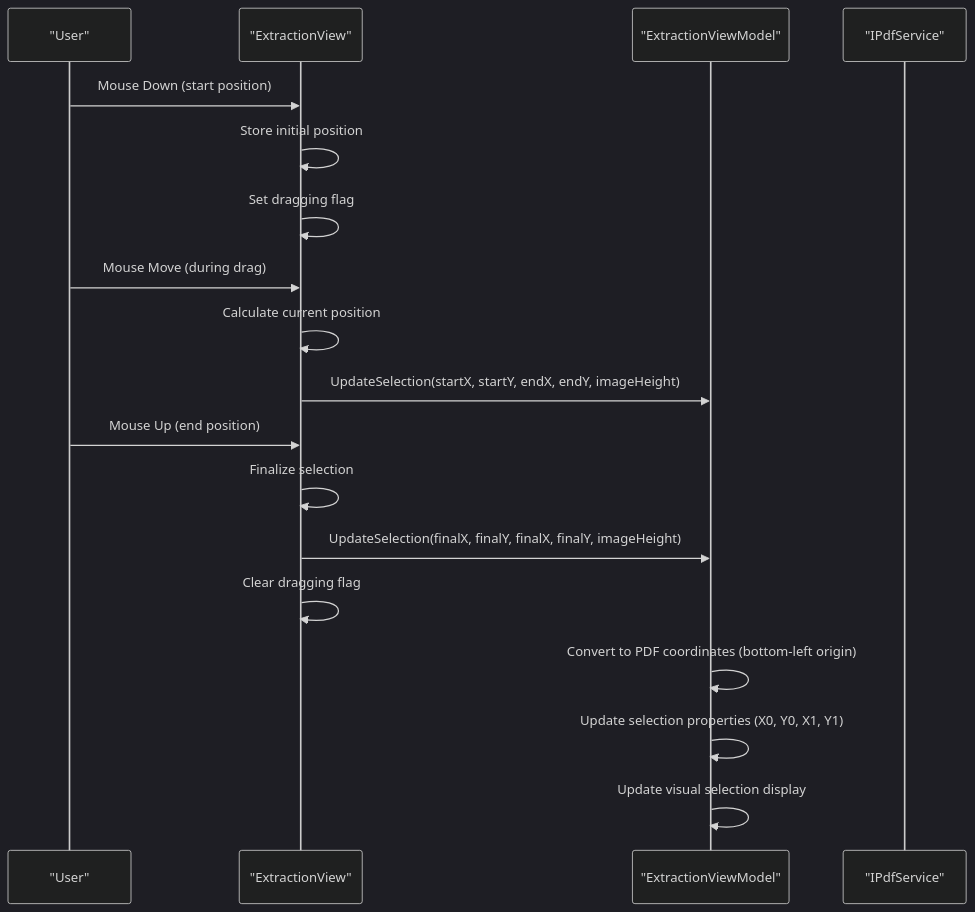
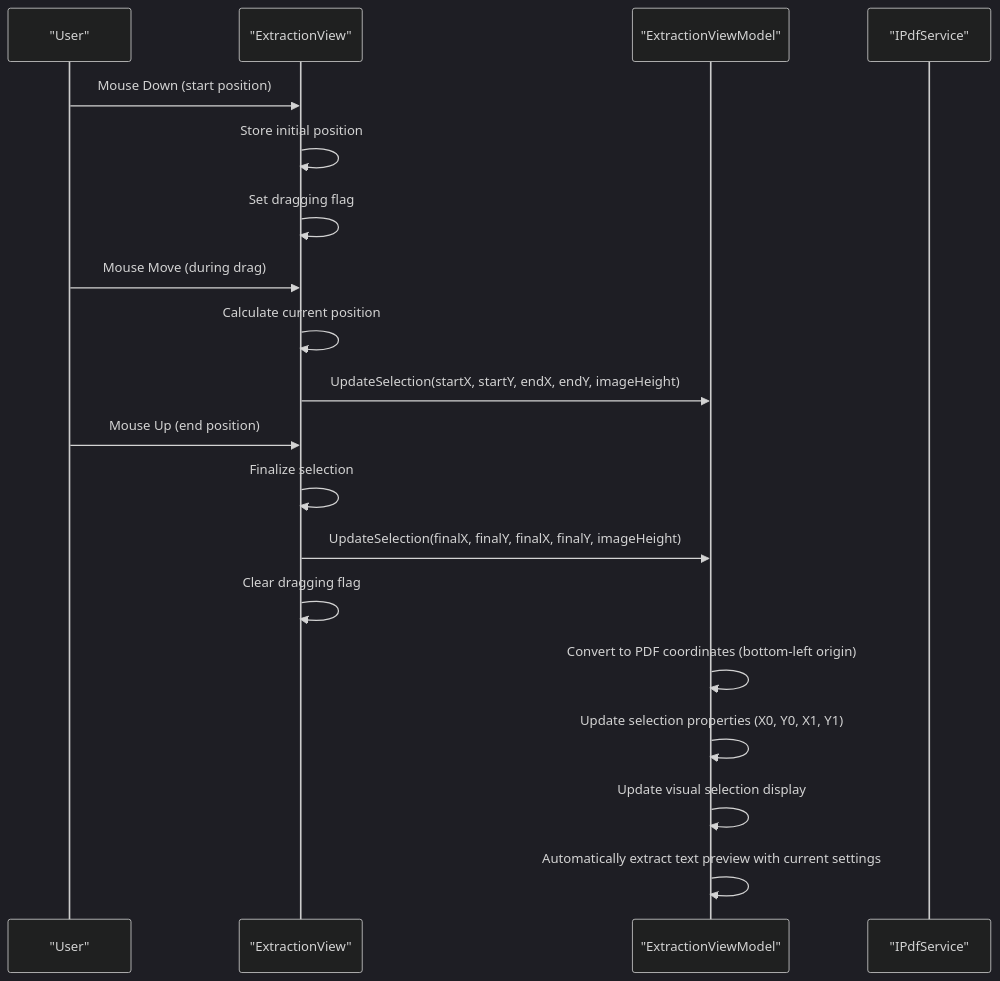
Before and after one commit to Kibnet/PDFAnnotator: the second of 6 diagrams in .qoder/repowiki/en/content/User Guide/Extraction Mode.md, drawn with Mermaid (dark theme). The commit also changed other lines of this file and 4 other files, not shown here.

````diff
--- a/.qoder/repowiki/en/content/User Guide/Extraction Mode.md
+++ b/.qoder/repowiki/en/content/User Guide/Extraction Mode.md
@@ -118,20 +130,21 @@
 ```mermaid
 sequenceDiagram
 participant User as "User"
 participant View as "ExtractionView"
 participant VM as "ExtractionViewModel"
 participant Service as "IPdfService"
 User->>View : Mouse Down (start position)
 View->>View : Store initial position
 View->>View : Set dragging flag
 User->>View : Mouse Move (during drag)
 View->>View : Calculate current position
 View->>VM : UpdateSelection(startX, startY, endX, endY, imageHeight)
 User->>View : Mouse Up (end position)
 View->>View : Finalize selection
 View->>VM : UpdateSelection(finalX, finalY, finalX, finalY, imageHeight)
 View->>View : Clear dragging flag
 VM->>VM : Convert to PDF coordinates (bottom-left origin)
 VM->>VM : Update selection properties (X0, Y0, X1, Y1)
 VM->>VM : Update visual selection display
+VM->>VM : Automatically extract text preview with current settings
 ```
````
